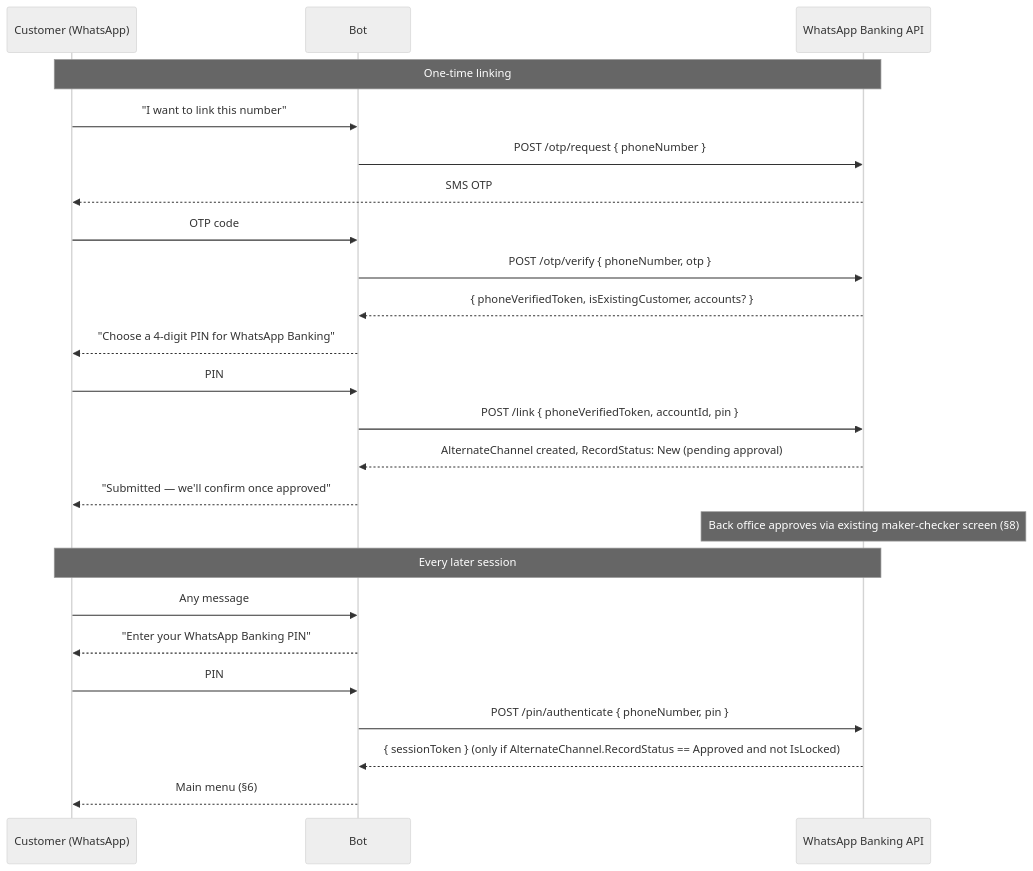
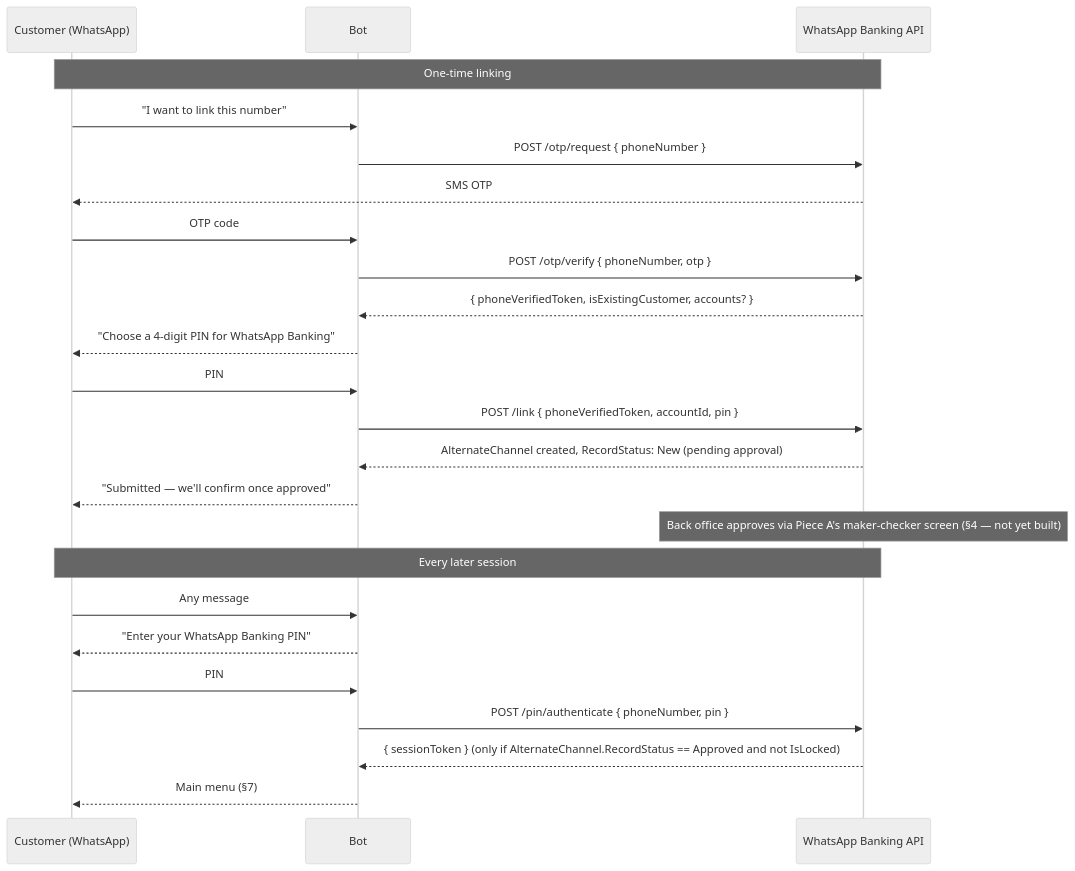
Before and after one commit to calvince-swizzsoft/Swift-Financials-FOSA: the second of 4 diagrams in WebApplication1/Areas/WhatsAppBanking/WORKFLOW.md, drawn with Mermaid (neutral theme). The commit also changed other lines of this file and 1 other file, not shown here.

First line of the commit message:
Split WhatsApp Banking backend work into two sequenced pieces

````diff
--- a/WebApplication1/Areas/WhatsAppBanking/WORKFLOW.md
+++ b/WebApplication1/Areas/WhatsAppBanking/WORKFLOW.md
@@ -163,28 +237,28 @@
 ```mermaid
 sequenceDiagram
     participant C as Customer (WhatsApp)
     participant B as Bot
     participant A as WhatsApp Banking API
 
     Note over C,A: One-time linking
     C->>B: "I want to link this number"
     B->>A: POST /otp/request { phoneNumber }
     A-->>C: SMS OTP
     C->>B: OTP code
     B->>A: POST /otp/verify { phoneNumber, otp }
     A-->>B: { phoneVerifiedToken, isExistingCustomer, accounts? }
     B-->>C: "Choose a 4-digit PIN for WhatsApp Banking"
     C->>B: PIN
     B->>A: POST /link { phoneVerifiedToken, accountId, pin }
     A-->>B: AlternateChannel created, RecordStatus: New (pending approval)
     B-->>C: "Submitted — we'll confirm once approved"
-    Note over A: Back office approves via existing maker-checker screen (§8)
+    Note over A: Back office approves via Piece A's maker-checker screen (§4 — not yet built)
 
     Note over C,A: Every later session
     C->>B: Any message
     B-->>C: "Enter your WhatsApp Banking PIN"
     C->>B: PIN
     B->>A: POST /pin/authenticate { phoneNumber, pin }
     A-->>B: { sessionToken } (only if AlternateChannel.RecordStatus == Approved and not IsLocked)
-    B-->>C: Main menu (§6)
+    B-->>C: Main menu (§7)
 ```
````
